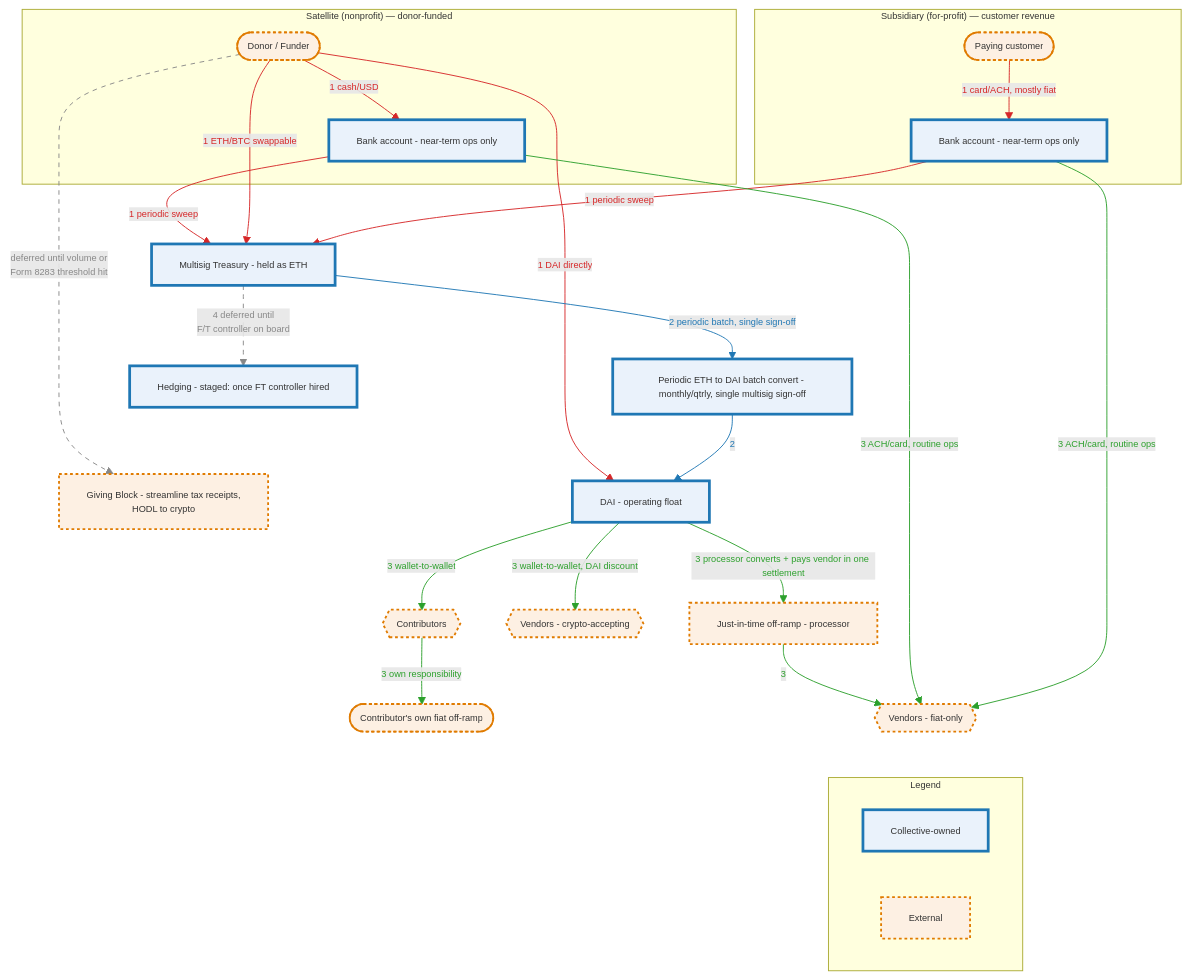
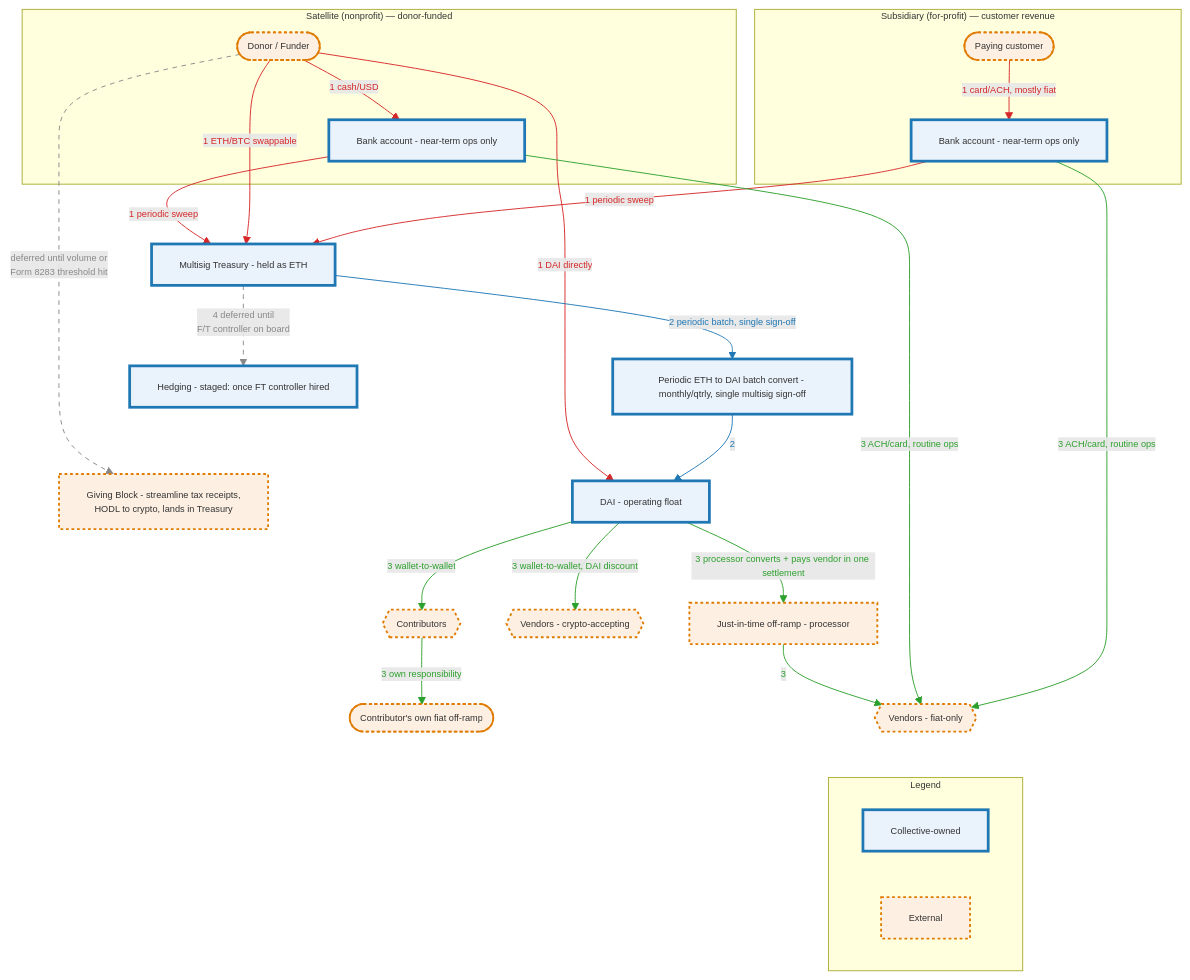
The third of 4 diagrams in governance/commons-hub-pattern.md (doikayt/admin), drawn with Mermaid before and after one commit.

Commit message:
docs: note Giving Block's destination (Treasury) in its label text
The outbound edge to Treasury was intentionally dropped to fix a
layout conflict (it fights the Hedge-based positioning pull - can't
be ranked both before Treasury, as a feeder, and after it, near
Hedge). Restores the missing "where does this money go" information
as label text instead of a drawn line.

````diff
--- a/governance/commons-hub-pattern.md
+++ b/governance/commons-hub-pattern.md
@@ -880,68 +880,68 @@
 ```mermaid
 %%{init: {"themeVariables": {"fontSize": "10px"}}}%%
 flowchart TD
     subgraph SAT["Satellite (nonprofit) — donor-funded"]
         Donor([Donor / Funder])
         SatBank[Bank account - near-term ops only]
     end
 
     subgraph SUB["Subsidiary (for-profit) — customer revenue"]
         Customer([Paying customer])
         SubBank[Bank account - near-term ops only]
     end
 
-    DonationProcessor[Giving Block - streamline tax receipts,<br/>HODL to crypto]
+    DonationProcessor[Giving Block - streamline tax receipts,<br/>HODL to crypto, lands in Treasury]
     Treasury[Multisig Treasury - held as ETH]
     BatchConvert[Periodic ETH to DAI batch convert - monthly/qtrly, single multisig sign-off]
     DAIFloat[DAI - operating float]
     Contributors{{Contributors}}
     ContribOfframp([Contributor's own fiat off-ramp])
     VendorsCrypto{{Vendors - crypto-accepting}}
     OffRampJIT[Just-in-time off-ramp - processor]
     VendorsFiat{{Vendors - fiat-only}}
     Hedge[Hedging - staged: once FT controller hired]
 
     subgraph LEGEND["Legend"]
         L1[Collective-owned]
         L2[External]
     end
 
     Donor -- "1 cash/USD" --> SatBank
     SatBank -- "1 periodic sweep" --> Treasury
     Donor -- "1 DAI directly" --> DAIFloat
     Donor -- "1 ETH/BTC swappable" --> Treasury
     Customer -- "1 card/ACH, mostly fiat" --> SubBank
     SubBank -- "1 periodic sweep" --> Treasury
 
     Donor -.->|"deferred until volume or<br/>Form 8283 threshold hit"| DonationProcessor
 
     Treasury -- "2 periodic batch, single sign-off" --> BatchConvert
     BatchConvert -- "2" --> DAIFloat
 
     DAIFloat -- "3 wallet-to-wallet" --> Contributors
     Contributors -- "3 own responsibility" --> ContribOfframp
     DAIFloat -- "3 wallet-to-wallet, DAI discount" --> VendorsCrypto
     DAIFloat -- "3 processor converts + pays vendor in one settlement" --> OffRampJIT
     OffRampJIT -- "3" --> VendorsFiat
     SatBank -- "3 ACH/card, routine ops" --> VendorsFiat
     SubBank -- "3 ACH/card, routine ops" --> VendorsFiat
 
     Treasury -.->|"4 deferred until<br/>F/T controller on board"| Hedge
 
     Hedge ~~~ DonationProcessor
     Donor ~~~ SatBank
     VendorsFiat ~~~ LEGEND
 
     linkStyle 0,1,2,3,4,5 stroke:#d62728,color:#d62728
     linkStyle 7,8 stroke:#1f77b4,color:#1f77b4
     linkStyle 9,10,11,12,13,14,15 stroke:#2ca02c,color:#2ca02c
     linkStyle 6,16 stroke:#888888,color:#888888,stroke-dasharray: 5 5
 
     classDef owned fill:#eaf2fb,stroke:#1f77b4,stroke-width:3px
     classDef external fill:#fdf0e3,stroke:#e07b00,stroke-width:2px,stroke-dasharray:3 3
     class L1 owned
     class L2 external
     class Treasury,SatBank,SubBank,BatchConvert,DAIFloat,Hedge owned
     class Donor,DonationProcessor,Customer,Contributors,ContribOfframp external
     class VendorsCrypto,OffRampJIT,VendorsFiat external
 ```
````
